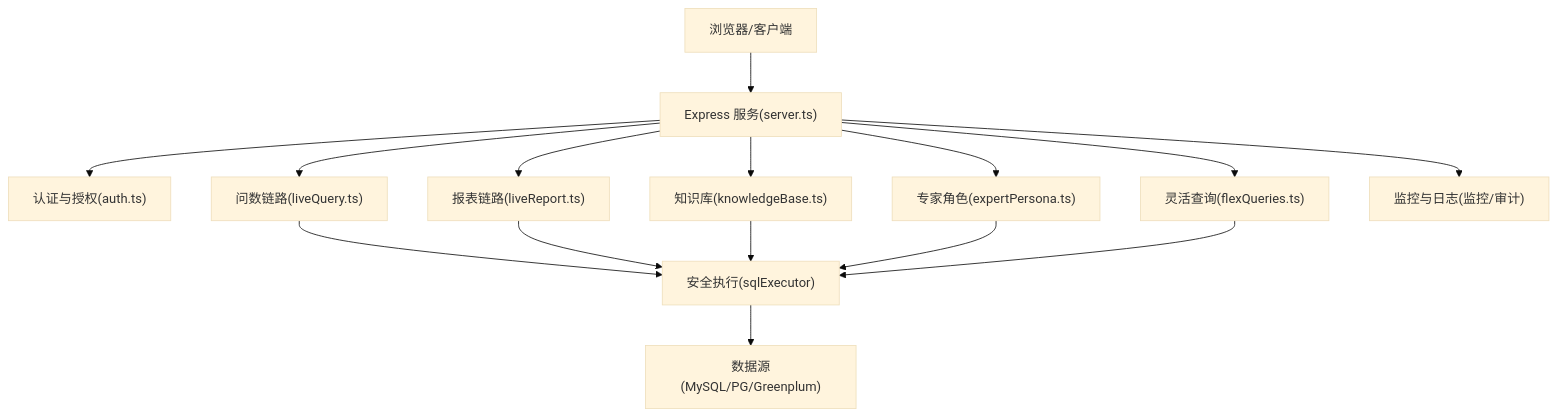
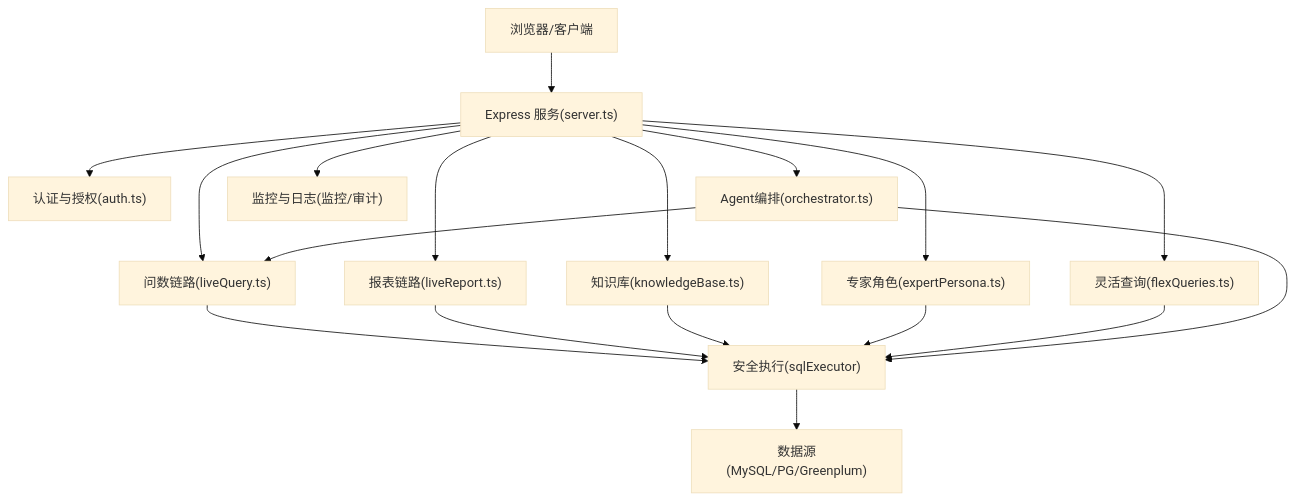
The first of 10 diagrams in .qoder/repowiki/zh/content/项目概述/系统介绍与特性.md (dgjin/smart-data-analytics), drawn with Mermaid (base theme) before and after one commit. The commit also changed other lines of this file and 146 other files, not shown here.

````diff
--- a/.qoder/repowiki/zh/content/项目概述/系统介绍与特性.md
+++ b/.qoder/repowiki/zh/content/项目概述/系统介绍与特性.md
@@ -53,17 +58,20 @@
 ```mermaid
 graph TB
 A["浏览器/客户端"] --> B["Express 服务(server.ts)"]
 B --> C["认证与授权(auth.ts)"]
 B --> D["问数链路(liveQuery.ts)"]
 B --> E["报表链路(liveReport.ts)"]
 B --> F["知识库(knowledgeBase.ts)"]
 B --> G["专家角色(expertPersona.ts)"]
 B --> H["灵活查询(flexQueries.ts)"]
-D --> I["安全执行(sqlExecutor)"]
-E --> I
-F --> I
-G --> I
-H --> I
-I --> J["数据源(MySQL/PG/Greenplum)"]
-B --> K["监控与日志(监控/审计)"]
+B --> I["Agent编排(orchestrator.ts)"]
+D --> J["安全执行(sqlExecutor)"]
+E --> J
+F --> J
+G --> J
+H --> J
+I --> J
+I --> D
+J --> K["数据源(MySQL/PG/Greenplum)"]
+B --> L["监控与日志(监控/审计)"]
 ```
````
